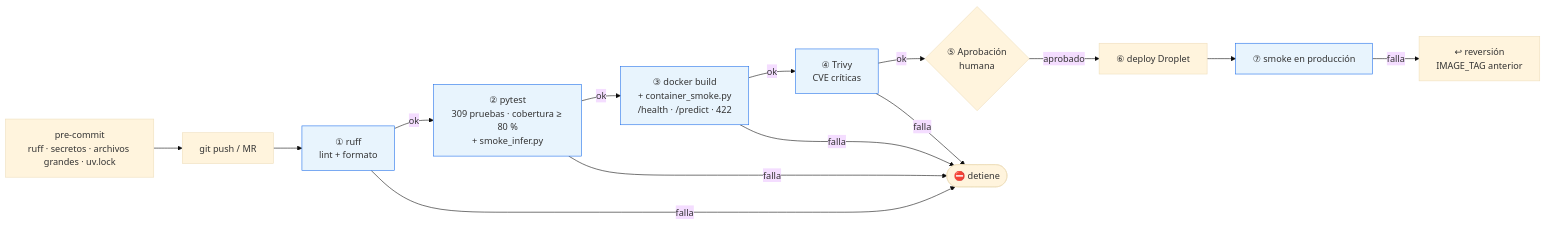
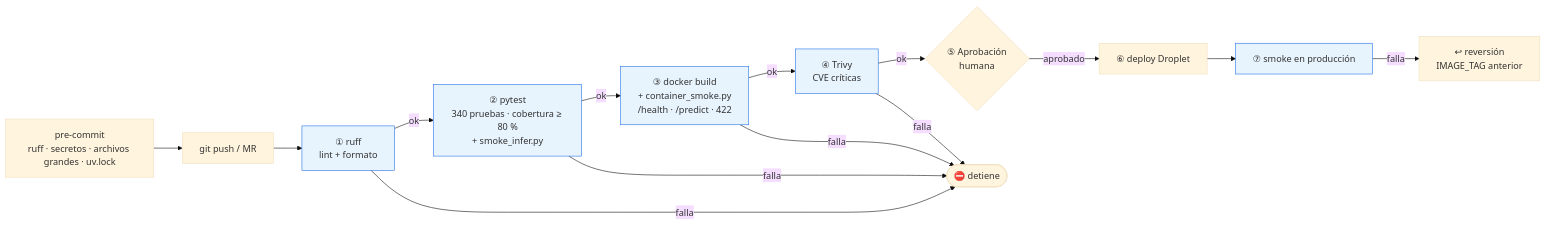
One commit to JulianReneMunoz/Neumonia changed the diagram in docs/arquitectura/diagramas/08-pipeline-cicd.mmd. Above: the diagram before and after it, drawn with Mermaid (base theme). The commit also changed 32 other files, not shown here.

```diff
--- a/docs/arquitectura/diagramas/08-pipeline-cicd.mmd
+++ b/docs/arquitectura/diagramas/08-pipeline-cicd.mmd
@@ -1,17 +1,17 @@
 %% Pipeline CI/CD con compuertas de calidad
 flowchart LR
   pc["pre-commit<br/>ruff · secretos · archivos grandes · uv.lock"] --> push["git push / MR"]
   push --> l["① ruff<br/>lint + formato"]
-  l -->|ok| t["② pytest<br/>309 pruebas · cobertura ≥ 80 %<br/>+ smoke_infer.py"]
+  l -->|ok| t["② pytest<br/>340 pruebas · cobertura ≥ 80 %<br/>+ smoke_infer.py"]
   t -->|ok| b["③ docker build<br/>+ container_smoke.py<br/>/health · /predict · 422"]
   b -->|ok| s["④ Trivy<br/>CVE críticas"]
   s -->|ok| g{"⑤ Aprobación<br/>humana"}
   g -->|aprobado| d["⑥ deploy Droplet"]
   d --> v["⑦ smoke en producción"]
   l -->|falla| x(["⛔ detiene"])
   t -->|falla| x
   b -->|falla| x
   s -->|falla| x
   v -->|falla| rb["↩ reversión<br/>IMAGE_TAG anterior"]
   classDef gate fill:#e8f4fd,stroke:#1f6feb;
   class l,t,b,s,v gate;
```
